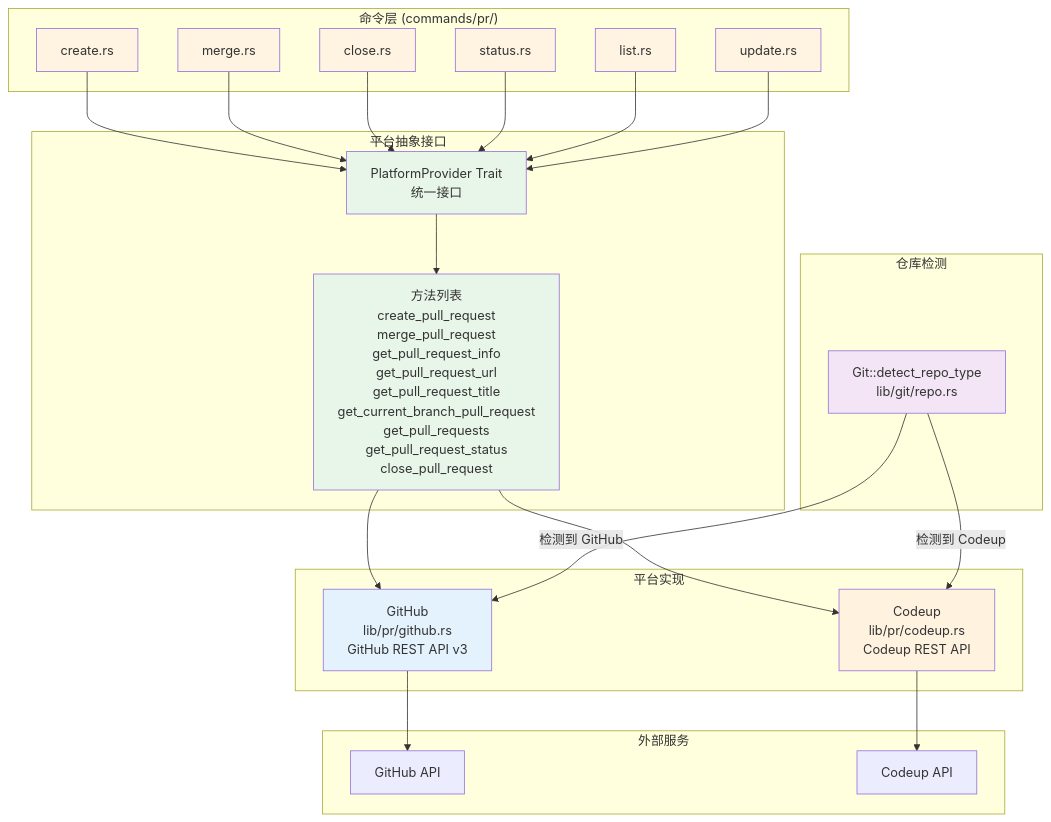
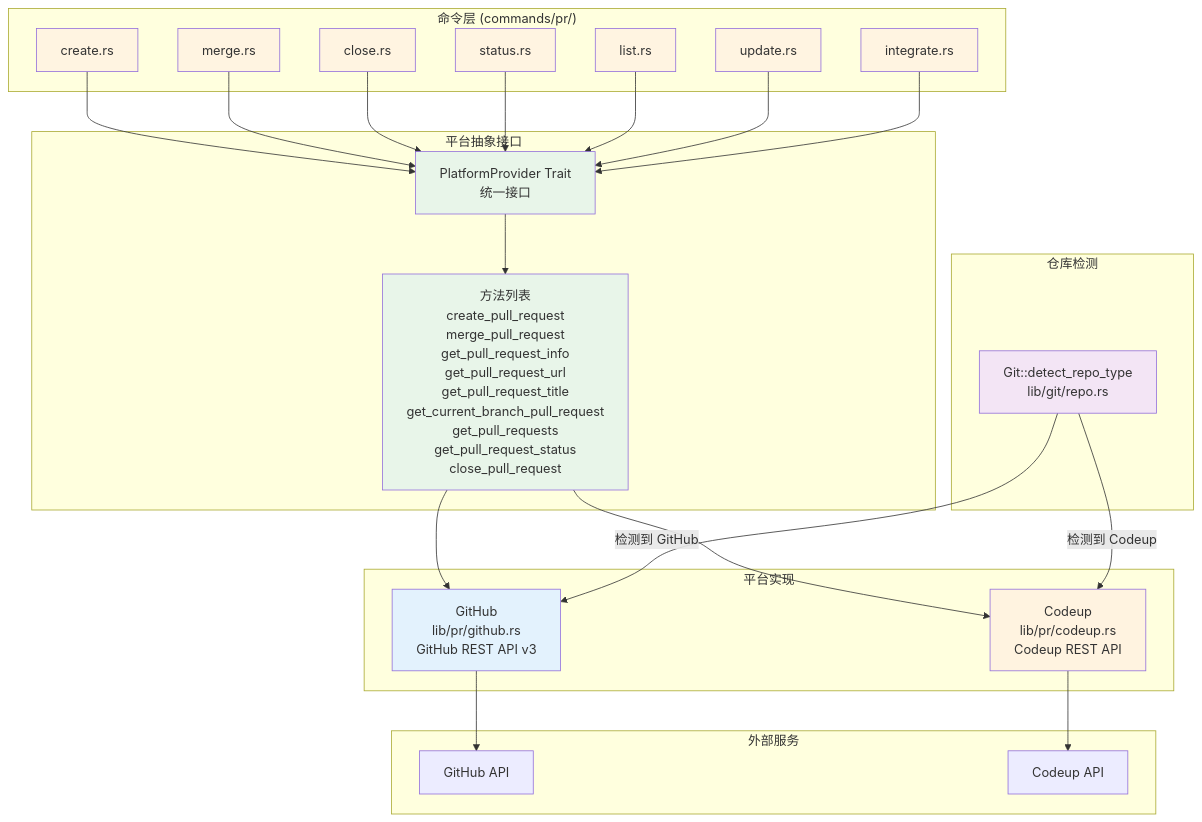
Before and after one commit to zevwings/workflow.rs: the sixth of 8 diagrams in docs/PR_ARCHITECTURE.md, drawn with Mermaid. The commit also changed other lines of this file and 2 other files, not shown here.

````diff
--- a/docs/PR_ARCHITECTURE.md
+++ b/docs/PR_ARCHITECTURE.md
@@ -551,59 +693,62 @@
 ```mermaid
 graph TB
     subgraph "命令层 (commands/pr/)"
         CreateCmd[create.rs]
         MergeCmd[merge.rs]
         CloseCmd[close.rs]
         StatusCmd[status.rs]
         ListCmd[list.rs]
         UpdateCmd[update.rs]
+        IntegrateCmd[integrate.rs]
     end
 
     subgraph "平台抽象接口"
         Trait[PlatformProvider Trait<br/>统一接口]
         Methods[方法列表<br/>create_pull_request<br/>merge_pull_request<br/>get_pull_request_info<br/>get_pull_request_url<br/>get_pull_request_title<br/>get_current_branch_pull_request<br/>get_pull_requests<br/>get_pull_request_status<br/>close_pull_request]
     end
 
     subgraph "平台实现"
         GitHub[GitHub<br/>lib/pr/github.rs<br/>GitHub REST API v3]
         Codeup[Codeup<br/>lib/pr/codeup.rs<br/>Codeup REST API]
     end
 
     subgraph "仓库检测"
         Detect[Git::detect_repo_type<br/>lib/git/repo.rs]
     end
 
     subgraph "外部服务"
         GitHubAPI[GitHub API]
         CodeupAPI[Codeup API]
     end
 
     CreateCmd --> Trait
     MergeCmd --> Trait
     CloseCmd --> Trait
     StatusCmd --> Trait
     ListCmd --> Trait
     UpdateCmd --> Trait
+    IntegrateCmd --> Trait
 
     Trait --> Methods
     Methods --> GitHub
     Methods --> Codeup
 
     Detect -->|检测到 GitHub| GitHub
     Detect -->|检测到 Codeup| Codeup
 
     GitHub --> GitHubAPI
     Codeup --> CodeupAPI
 
     style Trait fill:#e8f5e9
     style Methods fill:#e8f5e9
     style GitHub fill:#e3f2fd
     style Codeup fill:#fff3e0
     style Detect fill:#f3e5f5
     style CreateCmd fill:#fff4e1
     style MergeCmd fill:#fff4e1
     style CloseCmd fill:#fff4e1
     style StatusCmd fill:#fff4e1
     style ListCmd fill:#fff4e1
     style UpdateCmd fill:#fff4e1
+    style IntegrateCmd fill:#fff4e1
 ```
````
